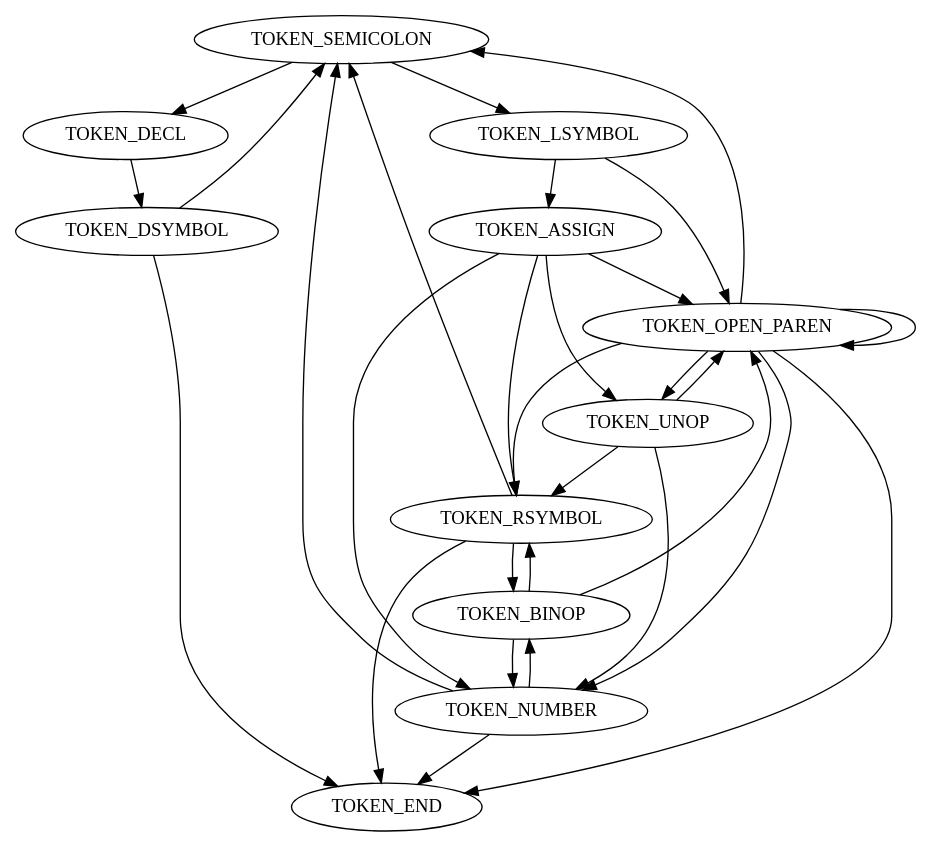
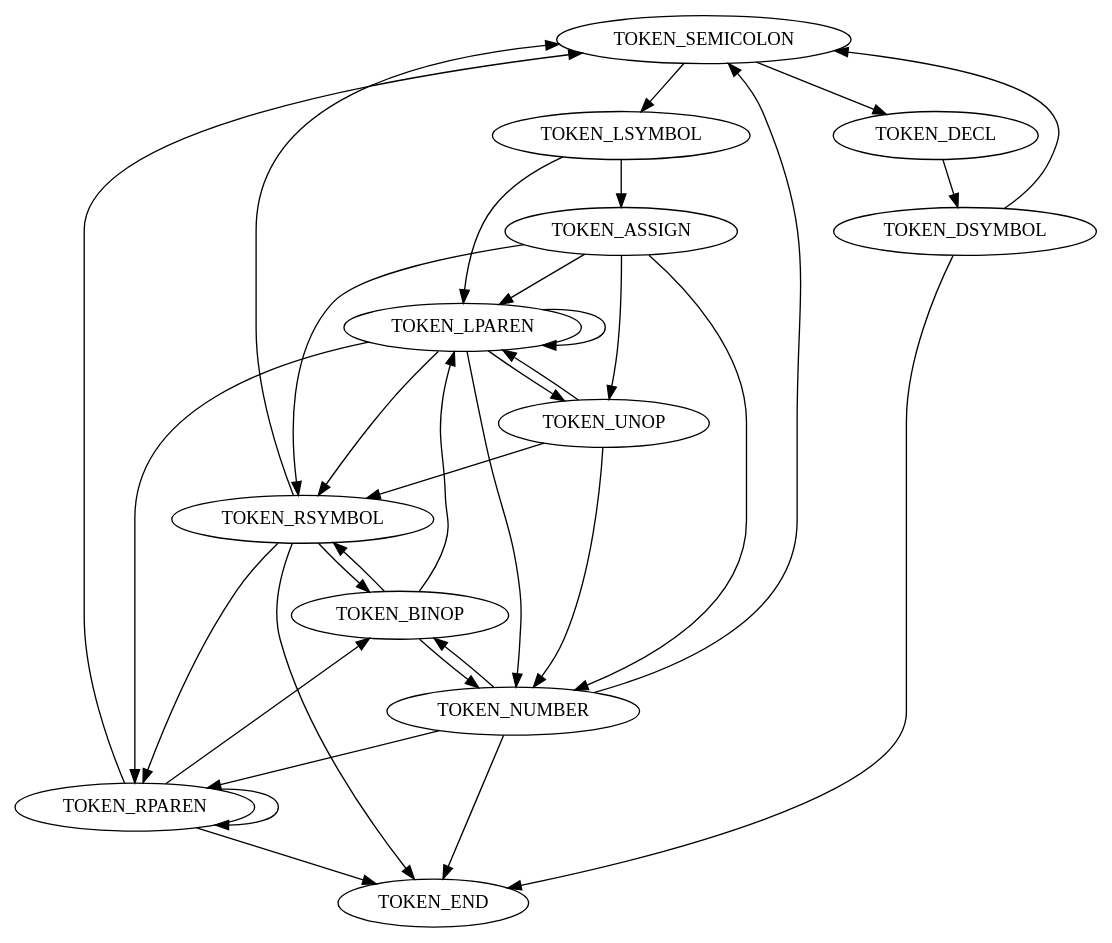
The diagram in resources/token_automaton.dot (M4tsuri/c_calculator), drawn with Graphviz before and after one commit. The commit also changed 16 other files, not shown here.

```diff
--- a/resources/token_automaton.dot
+++ b/resources/token_automaton.dot
@@ -1,49 +1,55 @@
 digraph G {
     // the begining of a statement, lsymbol represents the assigned variable or a function 
     "TOKEN_SEMICOLON" -> "TOKEN_LSYMBOL";
     "TOKEN_SEMICOLON" -> "TOKEN_DECL";
     
     // a declaration, the declared symbol is dsymbol
     "TOKEN_DECL" -> "TOKEN_DSYMBOL" -> "TOKEN_SEMICOLON";
     
     // a lsymbol is at the start of an assign or a function call
     "TOKEN_LSYMBOL" -> "TOKEN_ASSIGN";
-    "TOKEN_LSYMBOL" -> "TOKEN_OPEN_PAREN";
+    "TOKEN_LSYMBOL" -> "TOKEN_LPAREN";
     
     // an expression is the rhs of assign
     // expressions must start with '(', symbol or number
-    "TOKEN_ASSIGN" -> "TOKEN_OPEN_PAREN";
+    "TOKEN_ASSIGN" -> "TOKEN_LPAREN";
     "TOKEN_ASSIGN" -> "TOKEN_RSYMBOL";
     "TOKEN_ASSIGN" -> "TOKEN_NUMBER";
     "TOKEN_ASSIGN" -> "TOKEN_UNOP";
     
     // '(' is followed by an expression
-    "TOKEN_UNOP" -> "TOKEN_OPEN_PAREN";
+    "TOKEN_UNOP" -> "TOKEN_LPAREN";
     "TOKEN_UNOP" -> "TOKEN_RSYMBOL";
     "TOKEN_UNOP" -> "TOKEN_NUMBER";
     
     // '(' is followed by an expression
-    "TOKEN_OPEN_PAREN" -> "TOKEN_OPEN_PAREN";
-    "TOKEN_OPEN_PAREN" -> "TOKEN_RSYMBOL";
-    "TOKEN_OPEN_PAREN" -> "TOKEN_NUMBER";
-    "TOKEN_OPEN_PAREN" -> "TOKEN_UNOP";
+    "TOKEN_LPAREN" -> "TOKEN_LPAREN";
+    "TOKEN_LPAREN" -> "TOKEN_RSYMBOL";
+    "TOKEN_LPAREN" -> "TOKEN_NUMBER";
+    "TOKEN_LPAREN" -> "TOKEN_UNOP";
     
     // a rsymbol or number is followed by a binop
     "TOKEN_RSYMBOL" -> "TOKEN_BINOP";
     "TOKEN_NUMBER" -> "TOKEN_BINOP";
     
     // a binop is followed by an expression (cannot start with an unary op)
-    "TOKEN_BINOP" -> "TOKEN_OPEN_PAREN";
+    "TOKEN_BINOP" -> "TOKEN_LPAREN";
     "TOKEN_BINOP" -> "TOKEN_RSYMBOL";
     "TOKEN_BINOP" -> "TOKEN_NUMBER";
     
-    "TOKEN_OPEN_PAREN" -> "TOKEN_SEMICOLON";
+    "TOKEN_RPAREN" -> "TOKEN_SEMICOLON";
     "TOKEN_RSYMBOL" -> "TOKEN_SEMICOLON";
     "TOKEN_NUMBER" -> "TOKEN_SEMICOLON";
     
+    "TOKEN_RSYMBOL" -> "TOKEN_RPAREN";
+    "TOKEN_RPAREN" -> "TOKEN_RPAREN";
+    "TOKEN_NUMBER" -> "TOKEN_RPAREN";
+    "TOKEN_LPAREN" -> "TOKEN_RPAREN";
     
-    "TOKEN_OPEN_PAREN" -> "TOKEN_END";
+    "TOKEN_RPAREN" -> "TOKEN_END";
+    "TOKEN_RPAREN" -> "TOKEN_BINOP";
+
     "TOKEN_RSYMBOL" -> "TOKEN_END";
     "TOKEN_NUMBER" -> "TOKEN_END";
     "TOKEN_DSYMBOL" -> "TOKEN_END";
 }
```
